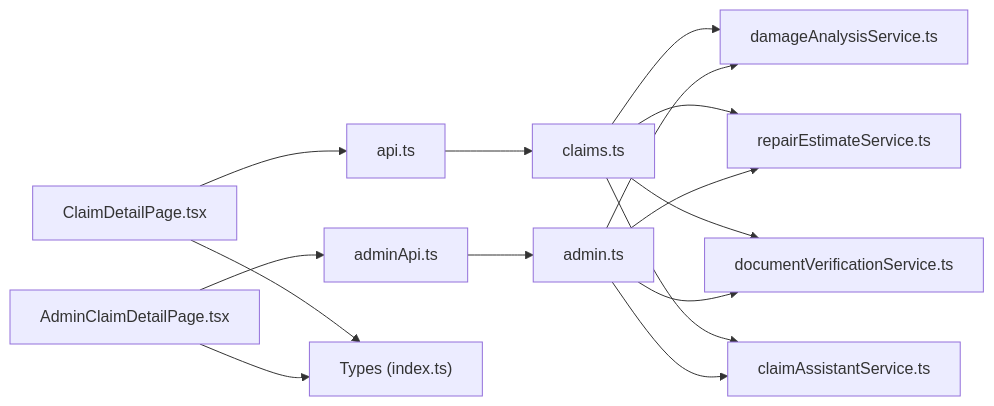
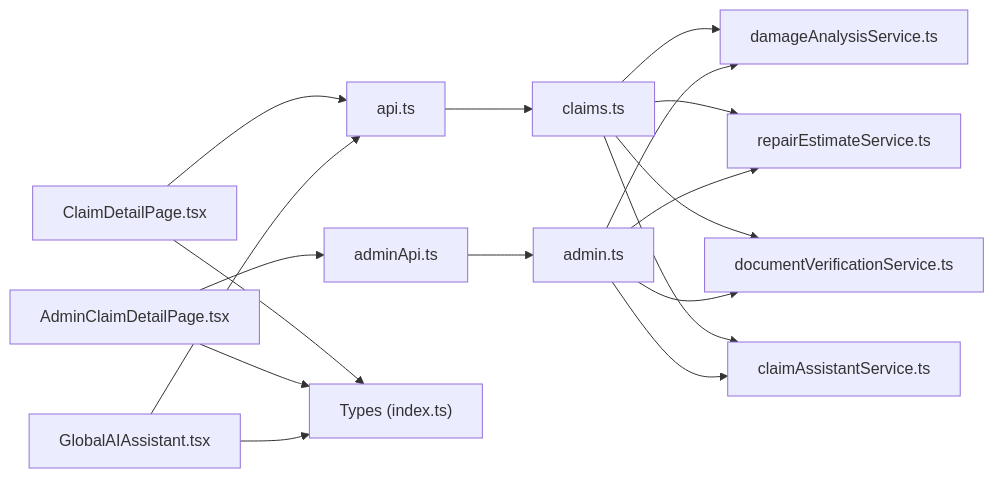
One commit to NaveenHiranya/Smart-Vehicle-Insurance-Claim-System changed the third of 3 diagrams in .qoder/repowiki/en/content/Frontend Documentation/Pages and Views/User Pages/Claim Detail Page.md. Above: the diagram before and after it, drawn with Mermaid. The commit also changed other lines of this file and 35 other files, not shown here.

````diff
--- a/.qoder/repowiki/en/content/Frontend Documentation/Pages and Views/User Pages/Claim Detail Page.md
+++ b/.qoder/repowiki/en/content/Frontend Documentation/Pages and Views/User Pages/Claim Detail Page.md
@@ -369,17 +408,19 @@
 ```mermaid
 graph LR
 CDP["ClaimDetailPage.tsx"] --> API["api.ts"]
 ACDP["AdminClaimDetailPage.tsx"] --> AAPI["adminApi.ts"]
+GAA["GlobalAIAssistant.tsx"] --> API
 API --> ROUTES["claims.ts"]
 AAPI --> AROUTES["admin.ts"]
 ROUTES --> DAST["damageAnalysisService.ts"]
 ROUTES --> RES["repairEstimateService.ts"]
 ROUTES --> DVS["documentVerificationService.ts"]
 ROUTES --> CAS["claimAssistantService.ts"]
 AROUTES --> DAST
 AROUTES --> RES
 AROUTES --> DVS
 AROUTES --> CAS
 CDP --> TYPES["Types (index.ts)"]
 ACDP --> TYPES
+GAA --> TYPES
 ```
````
